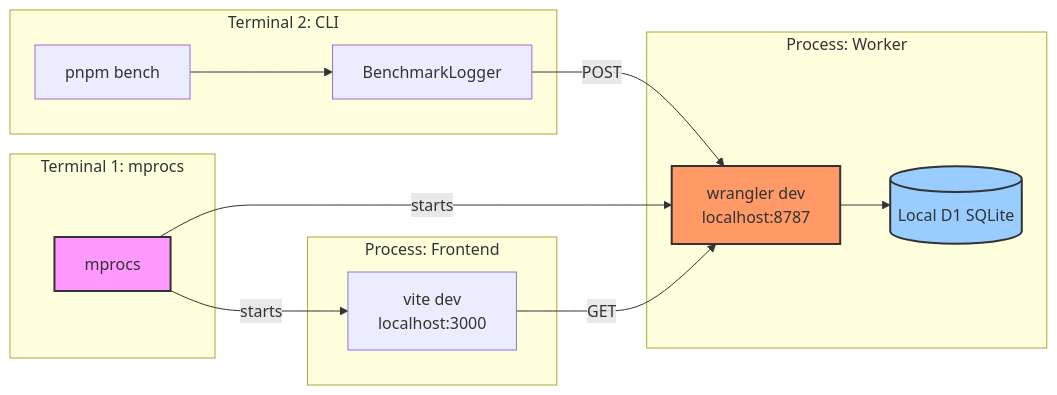
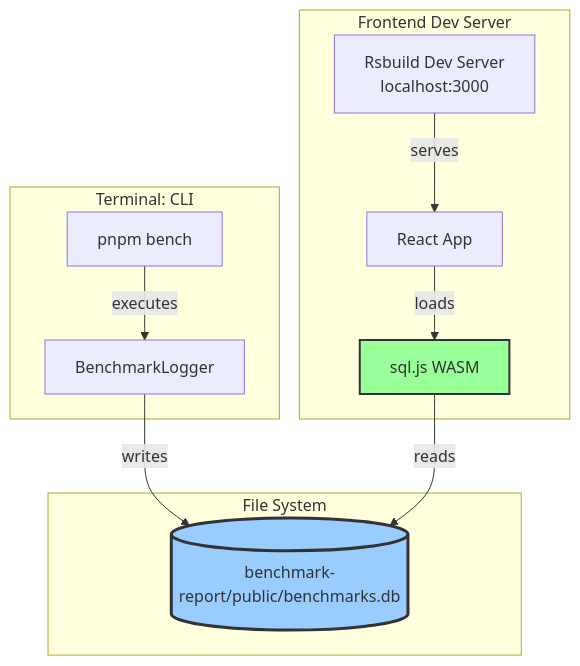
One commit to ZephyrCloudIO/ze-benchmarks changed the fifth of 19 diagrams in ARCHITECTURE.md. Above: the diagram before and after it, drawn with Mermaid. The commit also changed other lines of this file and 10 other files, not shown here.

````diff
--- a/ARCHITECTURE.md
+++ b/ARCHITECTURE.md
@@ -255,32 +210,26 @@
 ```mermaid
-graph LR
-    subgraph "Terminal 1: mprocs"
-        M[mprocs]
-    end
-
-    subgraph "Process: Worker"
-        W[wrangler dev<br/>localhost:8787]
-        D1L[(Local D1 SQLite)]
-    end
-
-    subgraph "Process: Frontend"
-        V[vite dev<br/>localhost:3000]
-    end
-
-    subgraph "Terminal 2: CLI"
+graph TB
+    subgraph "Terminal: CLI"
         C[pnpm bench]
         L[BenchmarkLogger]
     end
 
-    M -->|starts| W
-    M -->|starts| V
-    W --> D1L
+    subgraph "File System"
+        DB[(benchmark-report/public/benchmarks.db)]
+    end
 
-    C --> L
-    L -->|POST| W
-    V -->|GET| W
+    subgraph "Frontend Dev Server"
+        RS[Rsbuild Dev Server<br/>localhost:3000]
+        REACT[React App]
+        SQLJS[sql.js WASM]
+    end
 
-    style M fill:#f9f,stroke:#333,stroke-width:2px
-    style W fill:#f96,stroke:#333,stroke-width:2px
-    style D1L fill:#9cf,stroke:#333,stroke-width:2px
+    C -->|executes| L
+    L -->|writes| DB
+    RS -->|serves| REACT
+    REACT -->|loads| SQLJS
+    SQLJS -->|reads| DB
+
+    style DB fill:#9cf,stroke:#333,stroke-width:3px
+    style SQLJS fill:#9f9,stroke:#333,stroke-width:2px
 ```
````
